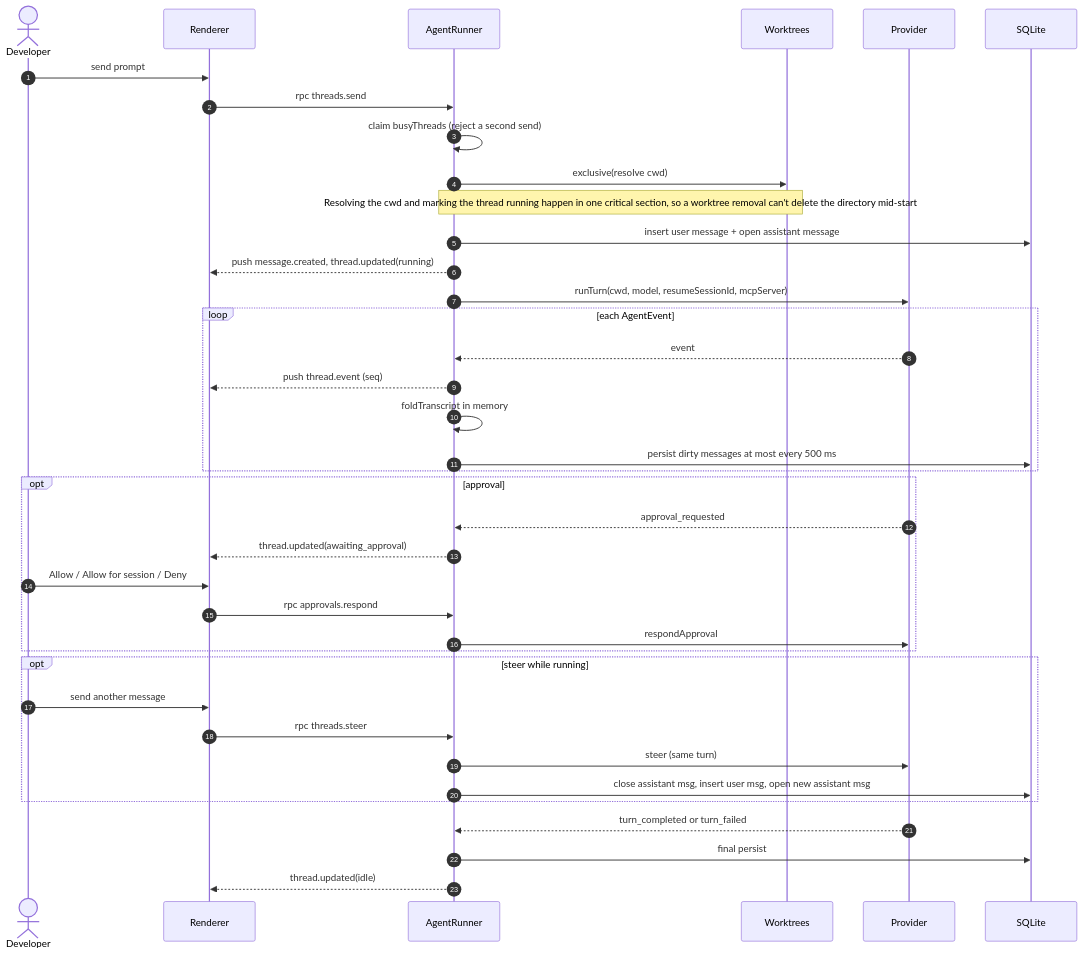
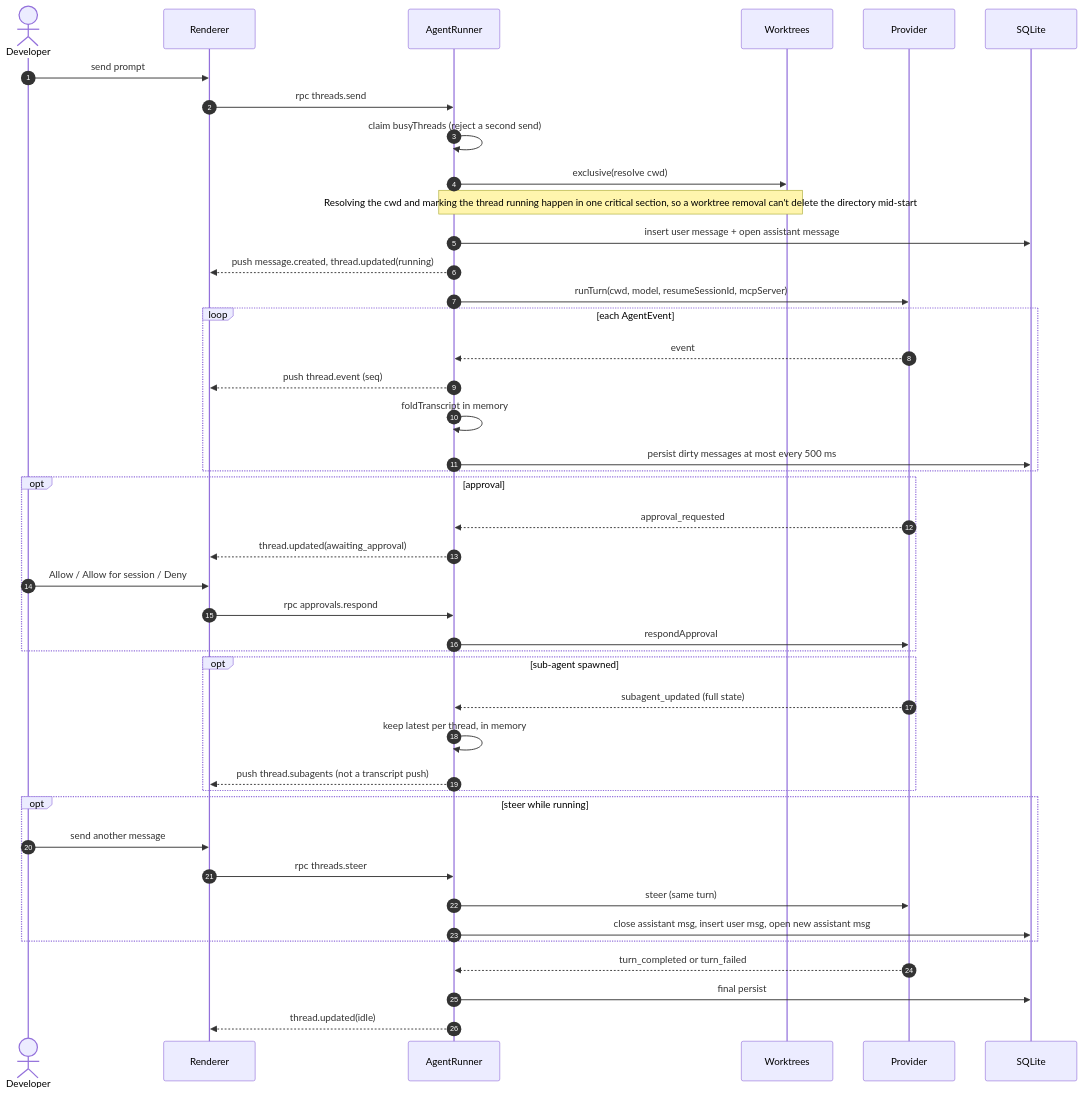
One commit to hinadev-ai/hinacode changed the fifth of 12 diagrams in docs/arch.md. Above: the diagram before and after it, drawn with Mermaid. The commit also changed other lines of this file and 1 other file, not shown here.

````diff
--- a/docs/arch.md
+++ b/docs/arch.md
@@ -120,41 +120,46 @@
 ```mermaid
 sequenceDiagram
   autonumber
   actor Dev as Developer
   participant R as Renderer
   participant AR as AgentRunner
   participant WT as Worktrees
   participant P as Provider
   participant DB as SQLite
 
   Dev->>R: send prompt
   R->>AR: rpc threads.send
   AR->>AR: claim busyThreads (reject a second send)
   AR->>WT: exclusive(resolve cwd)
   Note over AR,WT: Resolving the cwd and marking the thread running happen in one critical section, so a worktree removal can't delete the directory mid-start
   AR->>DB: insert user message + open assistant message
   AR-->>R: push message.created, thread.updated(running)
   AR->>P: runTurn(cwd, model, resumeSessionId, mcpServer)
   loop each AgentEvent
     P-->>AR: event
     AR-->>R: push thread.event (seq)
     AR->>AR: foldTranscript in memory
     AR->>DB: persist dirty messages at most every 500 ms
   end
   opt approval
     P-->>AR: approval_requested
     AR-->>R: thread.updated(awaiting_approval)
     Dev->>R: Allow / Allow for session / Deny
     R->>AR: rpc approvals.respond
     AR->>P: respondApproval
   end
+  opt sub-agent spawned
+    P-->>AR: subagent_updated (full state)
+    AR->>AR: keep latest per thread, in memory
+    AR-->>R: push thread.subagents (not a transcript push)
+  end
   opt steer while running
     Dev->>R: send another message
     R->>AR: rpc threads.steer
     AR->>P: steer (same turn)
     AR->>DB: close assistant msg, insert user msg, open new assistant msg
   end
   P-->>AR: turn_completed or turn_failed
   AR->>DB: final persist
   AR-->>R: thread.updated(idle)
 ```
````
